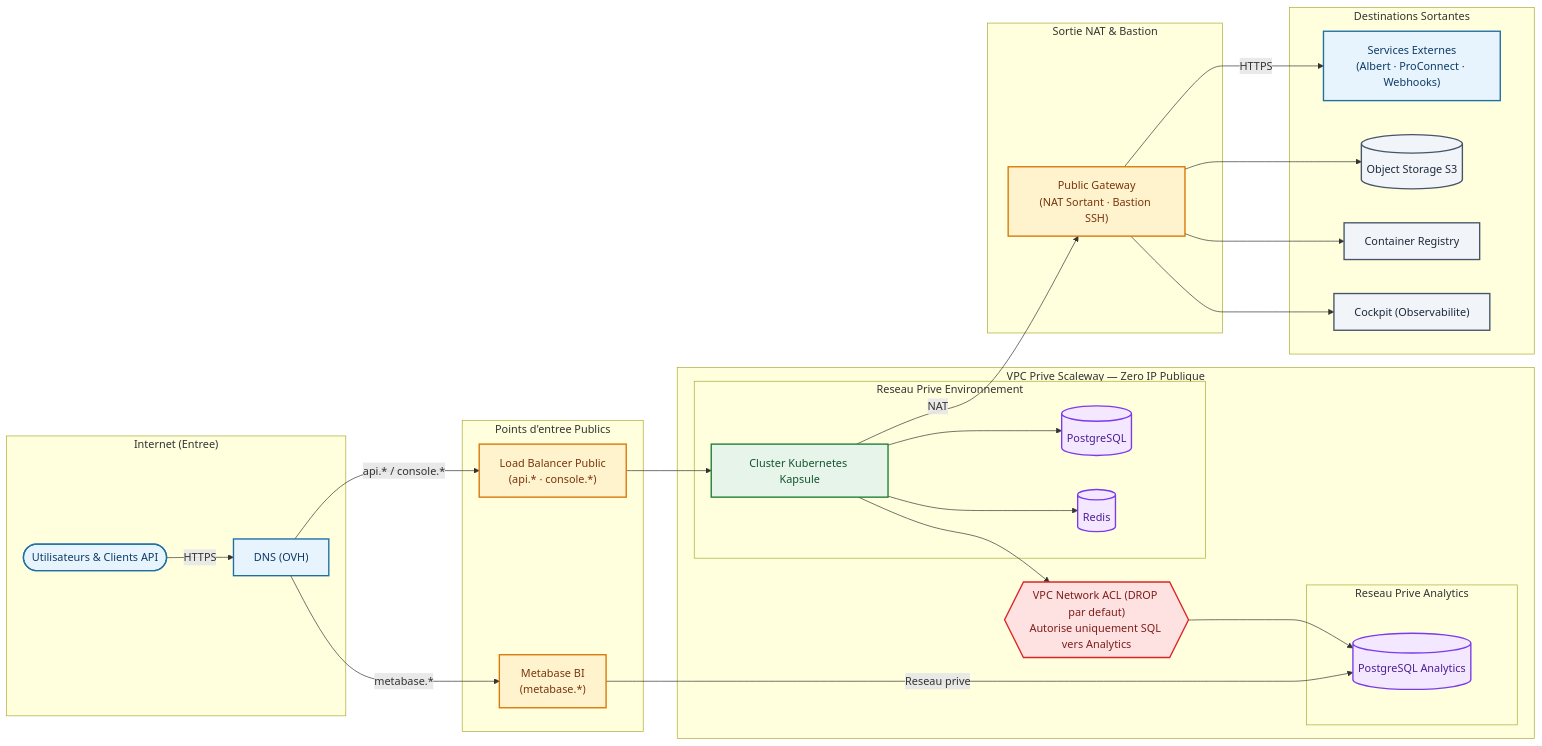
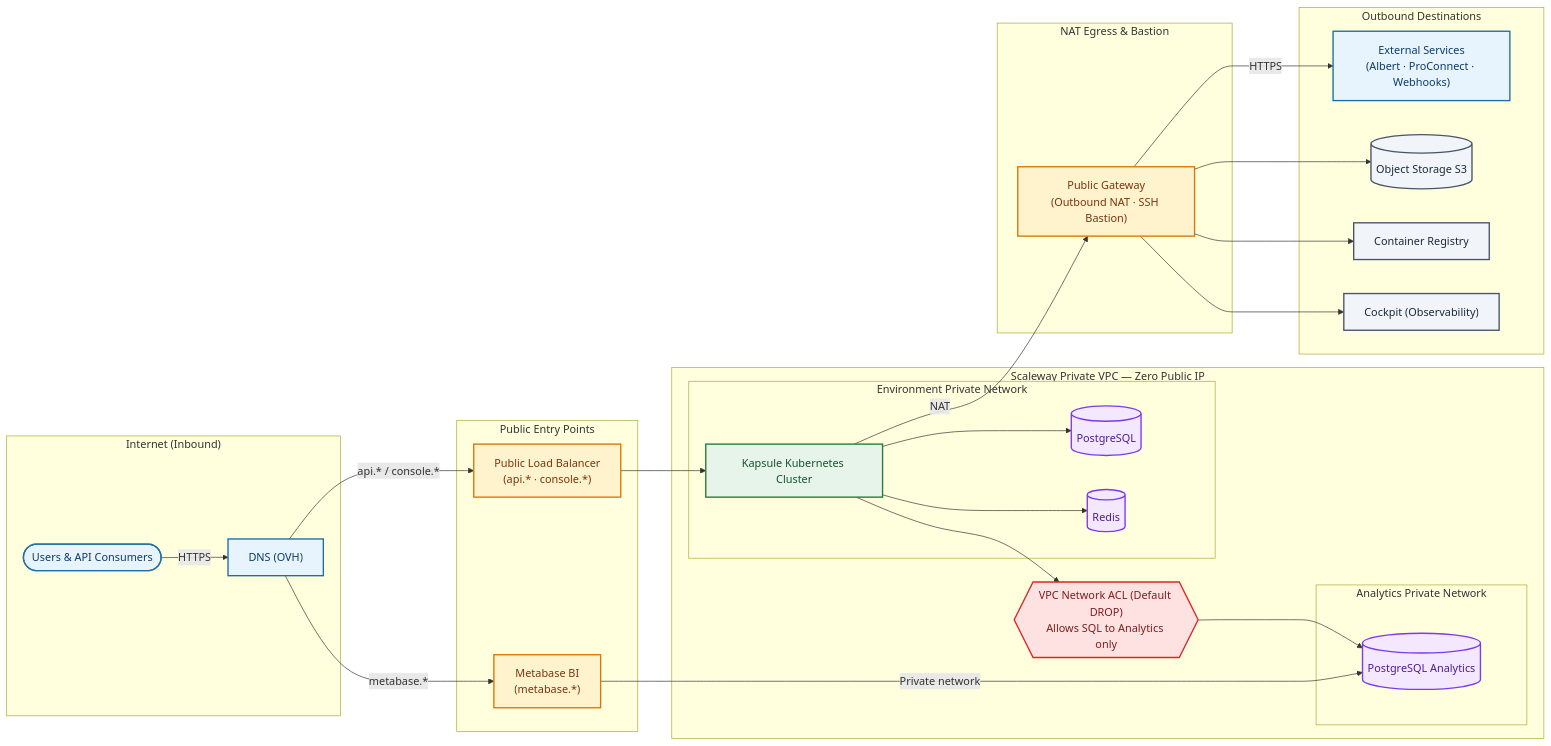
Before and after one commit to etalab-ia/document-ia-infra: the fourth of 21 diagrams in docs/ARCHITECTURE.md, drawn with Mermaid. The commit also changed other lines of this file, not shown here.

Commit message:
docs(architecture): translate remaining French labels in Mermaid diagrams to English

````diff
--- a/docs/ARCHITECTURE.md
+++ b/docs/ARCHITECTURE.md
@@ -295,61 +295,61 @@
 ```mermaid
 flowchart LR
     classDef internet fill:#e8f4fd,stroke:#1d6fa5,stroke-width:2px,color:#0d3b66
     classDef gateway fill:#fff3cd,stroke:#d97706,stroke-width:2px,color:#78350f
     classDef privateCompute fill:#e6f4ea,stroke:#1e7e34,stroke-width:2px,color:#14532d
     classDef privateData fill:#f3e8ff,stroke:#7c3aed,stroke-width:2px,color:#4c1d95
     classDef security fill:#fee2e2,stroke:#dc2626,stroke-width:2px,color:#7f1d1d
     classDef scwService fill:#f1f5f9,stroke:#475569,stroke-width:2px,color:#1e293b
 
-    subgraph INBOUND["Internet (Entree)"]
-        USERS(["Utilisateurs & Clients API"]):::internet
+    subgraph INBOUND["Internet (Inbound)"]
+        USERS(["Users & API Consumers"]):::internet
         DNS["DNS (OVH)"]:::internet
     end
 
-    subgraph ENTRY["Points d'entree Publics"]
-        LB["Load Balancer Public<br/>(api.* · console.*)"]:::gateway
+    subgraph ENTRY["Public Entry Points"]
+        LB["Public Load Balancer<br/>(api.* · console.*)"]:::gateway
         METABASE["Metabase BI<br/>(metabase.*)"]:::gateway
     end
 
-    subgraph VPC["VPC Prive Scaleway — Zero IP Publique"]
-        subgraph PN_ENV["Reseau Prive Environnement"]
-            KAPSULE["Cluster Kubernetes Kapsule"]:::privateCompute
+    subgraph VPC["Scaleway Private VPC — Zero Public IP"]
+        subgraph PN_ENV["Environment Private Network"]
+            KAPSULE["Kapsule Kubernetes Cluster"]:::privateCompute
             PG_MAIN[("PostgreSQL")]:::privateData
             REDIS[("Redis")]:::privateData
         end
 
-        VPC_ACL{{"VPC Network ACL (DROP par defaut)<br/>Autorise uniquement SQL vers Analytics"}}:::security
+        VPC_ACL{{"VPC Network ACL (Default DROP)<br/>Allows SQL to Analytics only"}}:::security
 
-        subgraph PN_ANA["Reseau Prive Analytics"]
+        subgraph PN_ANA["Analytics Private Network"]
             PG_ANA[("PostgreSQL Analytics")]:::privateData
         end
     end
 
-    subgraph EGRESS["Sortie NAT & Bastion"]
-        PGW["Public Gateway<br/>(NAT Sortant · Bastion SSH)"]:::gateway
+    subgraph EGRESS["NAT Egress & Bastion"]
+        PGW["Public Gateway<br/>(Outbound NAT · SSH Bastion)"]:::gateway
     end
 
-    subgraph OUTBOUND["Destinations Sortantes"]
-        EXT["Services Externes<br/>(Albert · ProConnect · Webhooks)"]:::internet
+    subgraph OUTBOUND["Outbound Destinations"]
+        EXT["External Services<br/>(Albert · ProConnect · Webhooks)"]:::internet
         S3[("Object Storage S3")]:::scwService
         REG["Container Registry"]:::scwService
-        COCKPIT["Cockpit (Observabilite)"]:::scwService
+        COCKPIT["Cockpit (Observability)"]:::scwService
     end
 
     USERS -->|"HTTPS"| DNS
     DNS -->|"api.* / console.*"| LB
     DNS -->|"metabase.*"| METABASE
     LB --> KAPSULE
-    METABASE -->|"Reseau prive"| PG_ANA
+    METABASE -->|"Private network"| PG_ANA
 
     KAPSULE --> PG_MAIN
     KAPSULE --> REDIS
     KAPSULE --> VPC_ACL
     VPC_ACL --> PG_ANA
 
     KAPSULE -->|"NAT"| PGW
     PGW -->|"HTTPS"| EXT
     PGW --> S3
     PGW --> REG
     PGW --> COCKPIT
 ```
````
